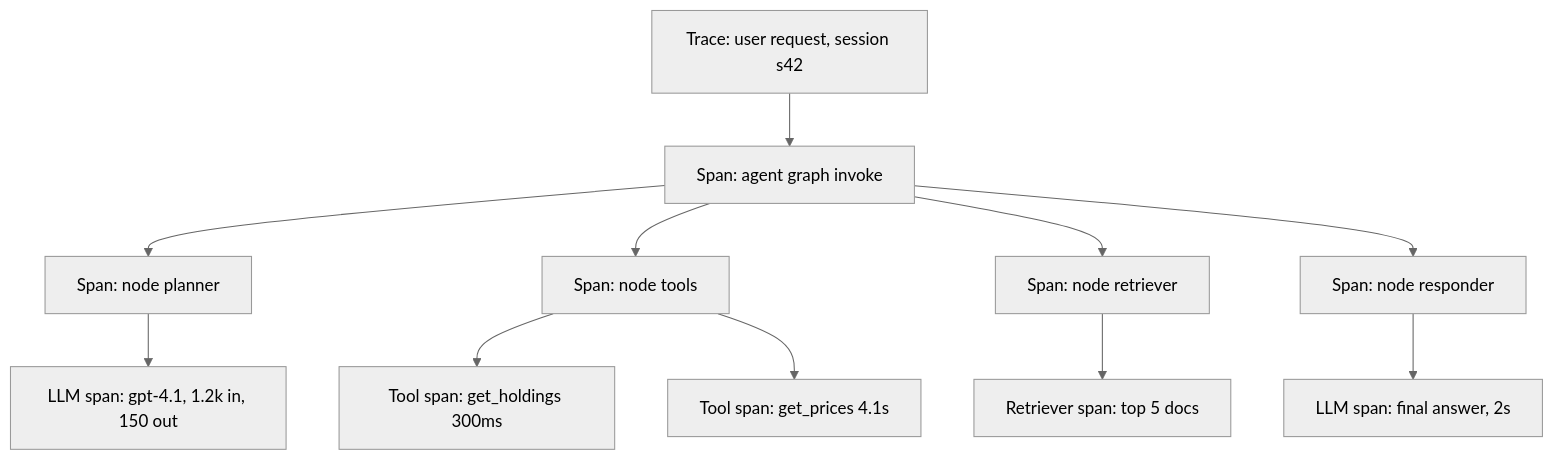
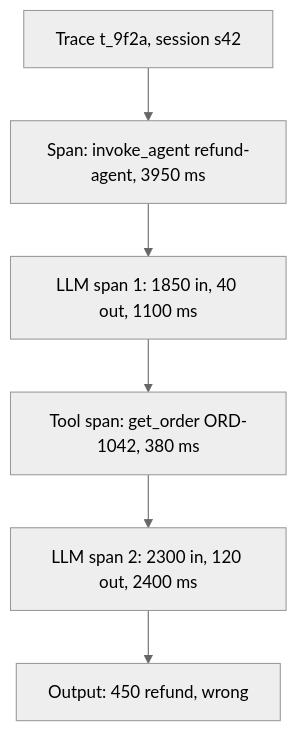
Before and after one commit to flow6979/viewinter: the second of 7 diagrams in content-en/11-agentic/10-agent-observability.md, drawn with Mermaid (neutral theme). The commit also changed other lines of this file and 26 other files, not shown here.

First line of the commit message:
Agentic AI: rewrite all 13 pages to explain from scratch; animate diagrams on every article

````diff
--- a/content-en/11-agentic/10-agent-observability.md
+++ b/content-en/11-agentic/10-agent-observability.md
@@ -39,13 +113,8 @@
 ```mermaid
 flowchart TD
-    T["Trace: user request, session s42"] --> A["Span: agent graph invoke"]
-    A --> N1["Span: node planner"]
-    N1 --> L1["LLM span: gpt-4.1, 1.2k in, 150 out"]
-    A --> N2["Span: node tools"]
-    N2 --> TL1["Tool span: get_holdings 300ms"]
-    N2 --> TL2["Tool span: get_prices 4.1s"]
-    A --> N3["Span: node retriever"]
-    N3 --> R1["Retriever span: top 5 docs"]
-    A --> N4["Span: node responder"]
-    N4 --> L2["LLM span: final answer, 2s"]
+    T["Trace t_9f2a, session s42"] --> A["Span: invoke_agent refund-agent, 3950 ms"]
+    A --> L1["LLM span 1: 1850 in, 40 out, 1100 ms"]
+    L1 --> TL["Tool span: get_order ORD-1042, 380 ms"]
+    TL --> L2["LLM span 2: 2300 in, 120 out, 2400 ms"]
+    L2 --> OUT["Output: 450 refund, wrong"]
 ```
````
